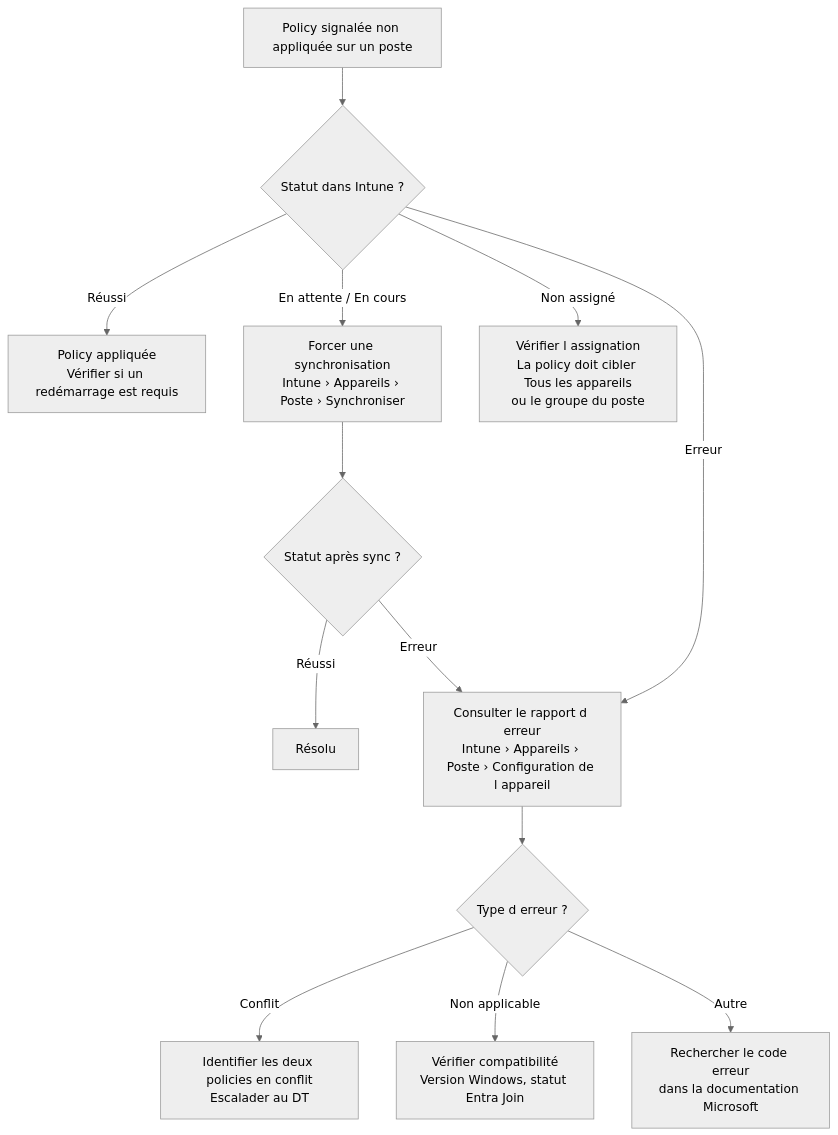
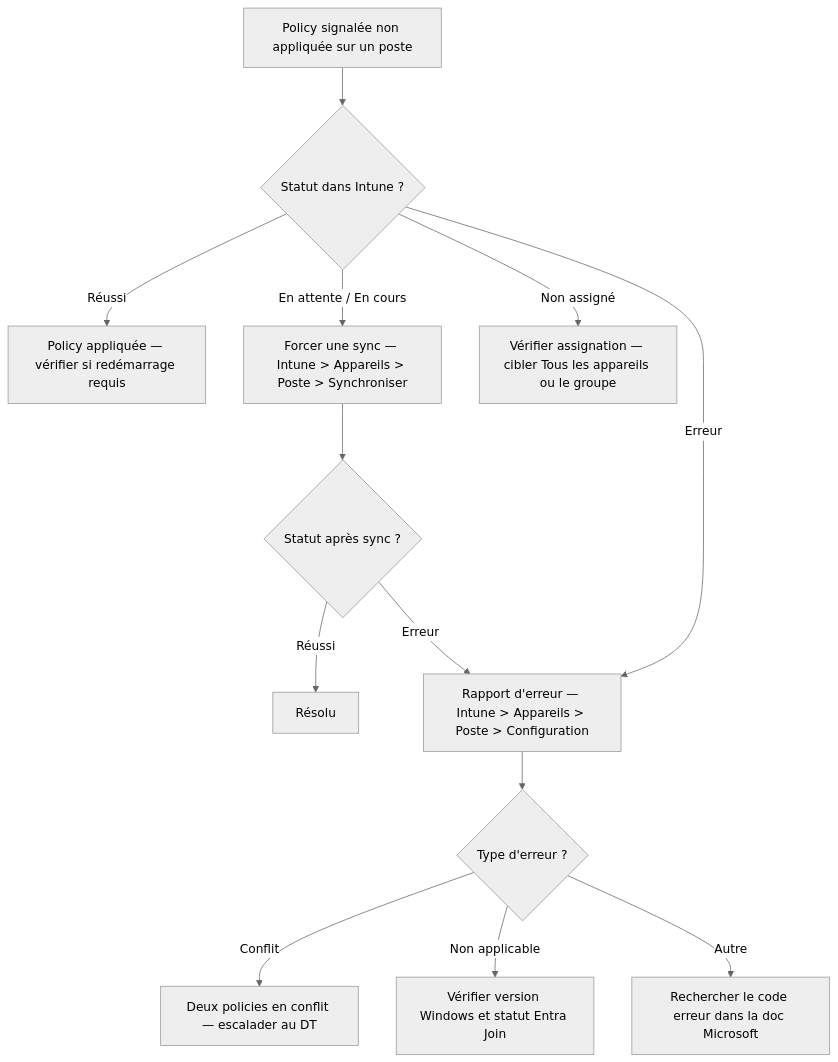
The diagram in docs/modules/master/pages/intune/configuration-profiles.adoc (Bobpoweriti/doc), drawn with Mermaid (neutral theme) before and after one commit. The commit also changed 1 other file, not shown here.

Commit message:
fix(mermaid): suppression des \n dans les labels de noeuds — Kroki les affiche littéralement

```diff
--- a/docs/modules/master/pages/intune/configuration-profiles.adoc
+++ b/docs/modules/master/pages/intune/configuration-profiles.adoc
@@ -87,16 +87,16 @@
 [mermaid]
 ....
 flowchart TD
   A[Policy signalée non appliquée sur un poste] --> B{Statut dans Intune ?}
-  B -->|Réussi| C[Policy appliquée\nVérifier si un redémarrage est requis]
-  B -->|En attente / En cours| D[Forcer une synchronisation\nIntune › Appareils › Poste › Synchroniser]
+  B -->|Réussi| C[Policy appliquée — vérifier si redémarrage requis]
+  B -->|En attente / En cours| D["Forcer une sync — Intune > Appareils > Poste > Synchroniser"]
   D --> E{Statut après sync ?}
   E -->|Réussi| OK[Résolu]
   E -->|Erreur| F
-  B -->|Erreur| F[Consulter le rapport d erreur\nIntune › Appareils › Poste › Configuration de l appareil]
-  F --> G{Type d erreur ?}
-  G -->|Conflit| H[Identifier les deux policies en conflit\nEscalader au DT]
-  G -->|Non applicable| I[Vérifier compatibilité\nVersion Windows, statut Entra Join]
-  G -->|Autre| J[Rechercher le code erreur\ndans la documentation Microsoft]
-  B -->|Non assigné| K[Vérifier l assignation\nLa policy doit cibler Tous les appareils\nou le groupe du poste]
+  B -->|Erreur| F["Rapport d'erreur — Intune > Appareils > Poste > Configuration"]
+  F --> G{Type d'erreur ?}
+  G -->|Conflit| H[Deux policies en conflit — escalader au DT]
+  G -->|Non applicable| I[Vérifier version Windows et statut Entra Join]
+  G -->|Autre| J[Rechercher le code erreur dans la doc Microsoft]
+  B -->|Non assigné| K[Vérifier assignation — cibler Tous les appareils ou le groupe]
 ....
```
